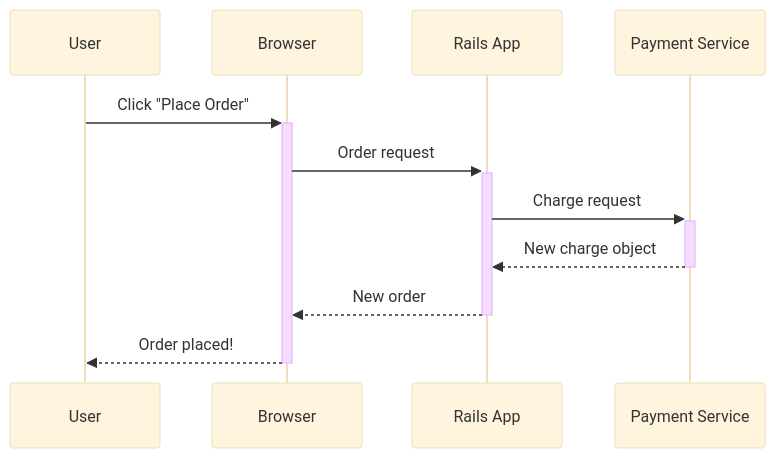
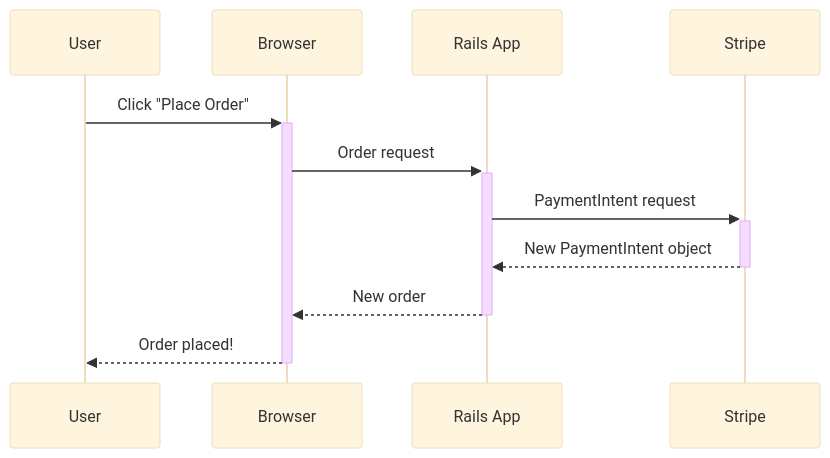
Before and after one commit to pjambet/blog: the second of 2 diagrams in content/posts/intent-pattern.md, drawn with Mermaid (base theme). The commit also changed other lines of this file, not shown here.

Commit message:
intent pattern no more a draft

```diff
--- a/content/posts/intent-pattern.md
+++ b/content/posts/intent-pattern.md
@@ -53,13 +88,13 @@
 {{< mermaid >}}
 sequenceDiagram
     participant User
     participant Browser
     participant Rails App
-    participant Payment Service
+    participant Stripe
     User->>+Browser: Click "Place Order"
     Browser->>+Rails App: Order request
-    Rails App->>+Payment Service: Charge request
-    Payment Service-->>-Rails App: New charge object
+    Rails App->>+Stripe: PaymentIntent request
+    Stripe-->>-Rails App: New PaymentIntent object
     Rails App-->>-Browser: New order
     Browser-->>-User: Order placed!
 {{< /mermaid >}}
```
